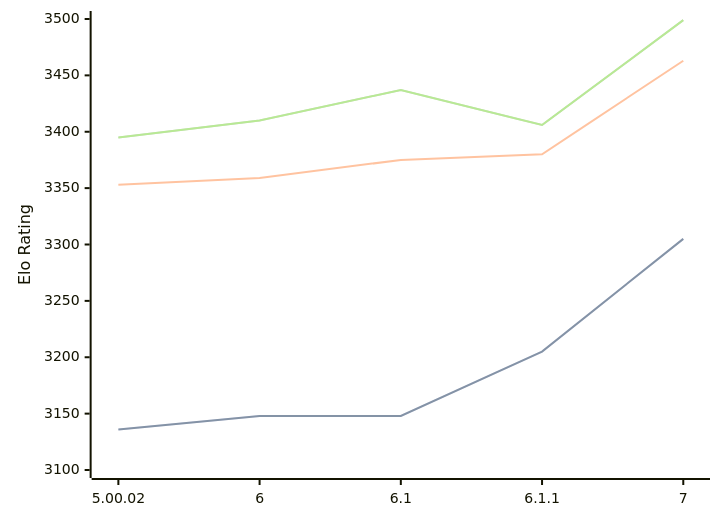
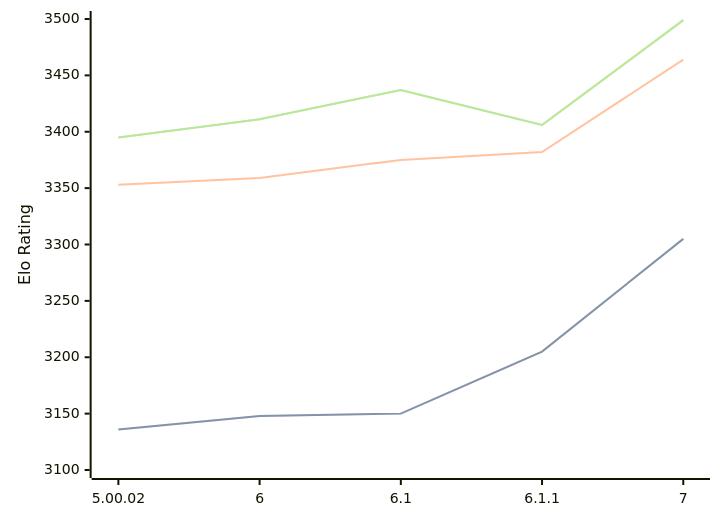
Before and after one commit to computer-chess-index/cci: the diagram in engines/Zangdar.md, drawn with Mermaid. The commit also changed other lines of this file, not shown here.

Commit message:
Update CCI Ratings (ELO VLTC) - 2026-09-10

````diff
--- a/engines/Zangdar.md
+++ b/engines/Zangdar.md
@@ -35,11 +35,11 @@
 ```mermaid
 %%{init: {"theme":"base","themeVariables":{"seriesColors:['#a3a3a3','#222221','#faa371']}}}%%
 xychart-beta
   x-axis ["5.00.02", "6", "6.1", "6.1.1", "7"]
   y-axis "Elo Rating" 3100 --> 3500
-  line "" [3136, 3148, 3148, 3205, 3305]
-  line "STC (8.0+0.08s)" [3136, 3148, 3148, 3205, 3305]
-  line "LTC (60.0+0.60s)" [3353, 3359, 3375, 3380, 3463]
-  line "" [3395, 3410, 3437, 3406, 3499]
-  line "VLTC (2m24s+1.12s)" [3395, 3410, 3437, 3406, 3499]
+  line "" [3136, 3148, 3150, 3205, 3305]
+  line "STC (8.0+0.08s)" [3136, 3148, 3150, 3205, 3305]
+  line "LTC (60.0+0.60s)" [3353, 3359, 3375, 3382, 3464]
+  line "" [3395, 3411, 3437, 3406, 3499]
+  line "VLTC (2m24s+1.12s)" [3395, 3411, 3437, 3406, 3499]
 ```
````
